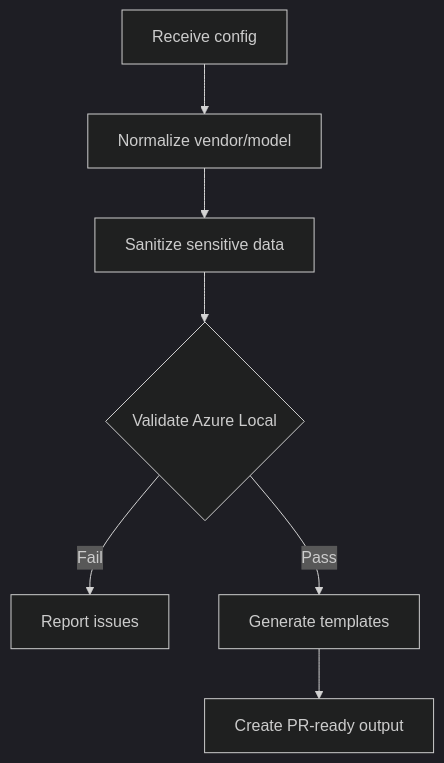
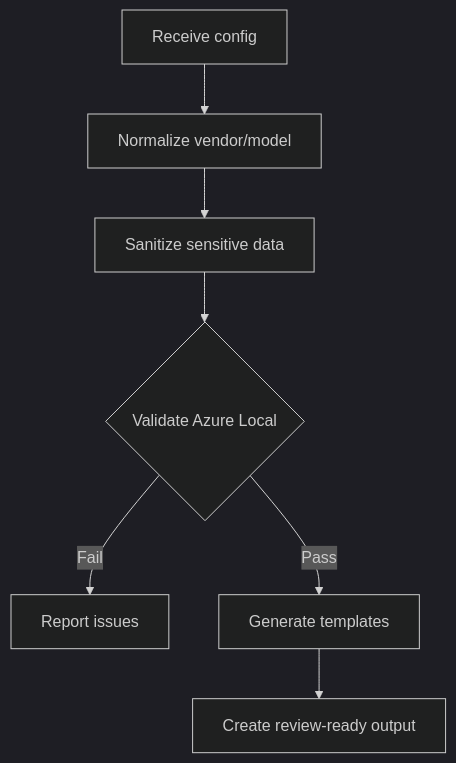
The diagram in .github/agents/template-generator.agent.md (microsoft/Azure_Local_Physical_Network_Config_Tool), drawn with Mermaid (dark theme) before and after one commit. The commit also changed other lines of this file and 28 other files, not shown here.

````diff
--- a/.github/agents/template-generator.agent.md
+++ b/.github/agents/template-generator.agent.md
@@ -43,9 +45,9 @@
 ```mermaid
 flowchart TB
     A[Receive config] --> B[Normalize vendor/model]
     B --> C[Sanitize sensitive data]
     C --> D{Validate Azure Local}
     D -->|Fail| E[Report issues]
     D -->|Pass| F[Generate templates]
-    F --> G[Create PR-ready output]
+    F --> G[Create review-ready output]
 ```
````
